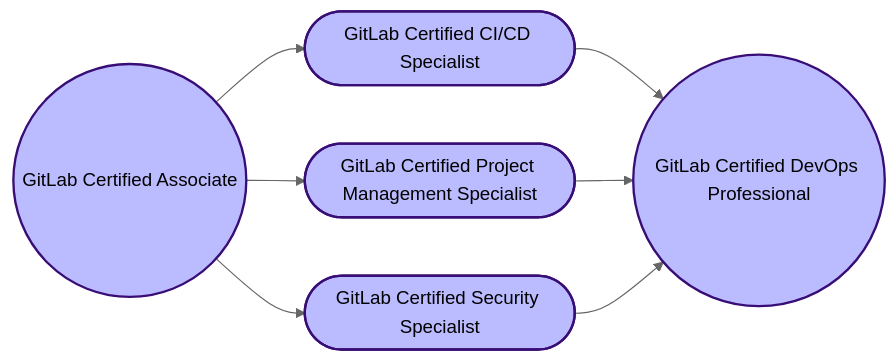
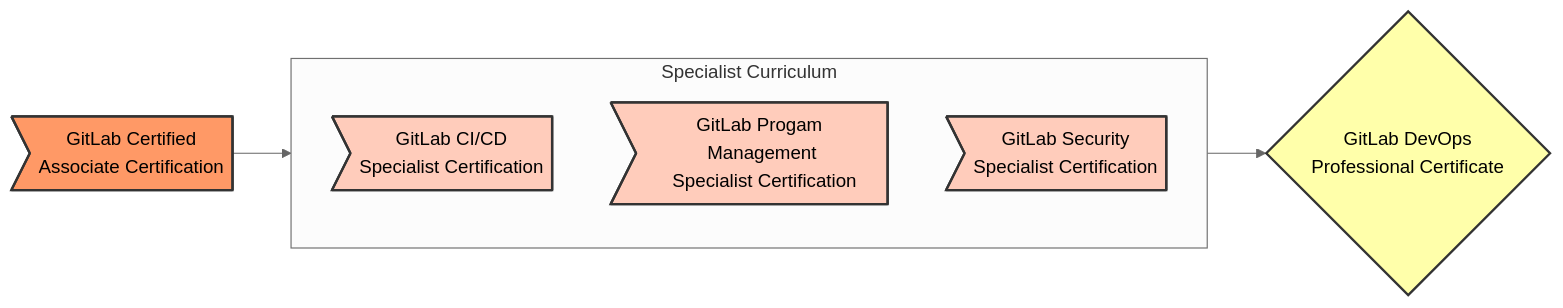
One commit to secretstartups/handbook changed the diagram in customer-success/professional-services-engineering/gitlab-technical-certifications/index.html.md. Above: the diagram before and after it, drawn with Mermaid (neutral theme). The commit also changed other lines of this file, not shown here.

Commit message:
Updates to certification Mermaid diagram

````diff
--- a/customer-success/professional-services-engineering/gitlab-technical-certifications/index.html.md
+++ b/customer-success/professional-services-engineering/gitlab-technical-certifications/index.html.md
@@ -42,16 +42,20 @@
 ```mermaid
-graph LR;
-  
-  A((GitLab Certified Associate))-->B([GitLab Certified CI/CD Specialist]);
-  style A fill:#bbf,stroke:#380D75,stroke-width:2px
-  style B fill:#bbf,stroke:#380D75,stroke-width:2px
-  style C fill:#bbf,stroke:#380D75,stroke-width:2px
-  style D fill:#bbf,stroke:#380D75,stroke-width:2px
-  style E fill:#bbf,stroke:#380D75,stroke-width:2px
-  A((GitLab Certified Associate))-->C([GitLab Certified Project Management Specialist]);
-  A((GitLab Certified Associate))-->D([GitLab Certified Security Specialist]);
-  E((GitLab Certified DevOps Professional))
-  B --> E
-  C--> E
-  D--> E
+
+  flowchart LR
+    subgraph a [Specialist Curriculum]
+      cd_ci>GitLab CI/CD<br/> Specialist Certification]
+      pgm>GitLab Progam Management<br/> Specialist Certification]
+      sec>GitLab Security<br/> Specialist Certification]
+    end
+    gca>GitLab Certified<br/>Associate Certification]-->a
+    a-->devops{GitLab DevOps<br/> Professional Certificate}
+
+    classDef orange fill:#f96,stroke:#333,stroke-width:2px;
+    classDef fuschia fill:#FCB,stroke:#333,stroke-width:2px;
+    classDef burnt fill:#FFA,stroke:#333,stroke-width:2px;
+    class gca orange
+    class cd_ci fuschia
+    class pgm fuschia
+    class sec fuschia
+    class devops burnt
 ```
````
